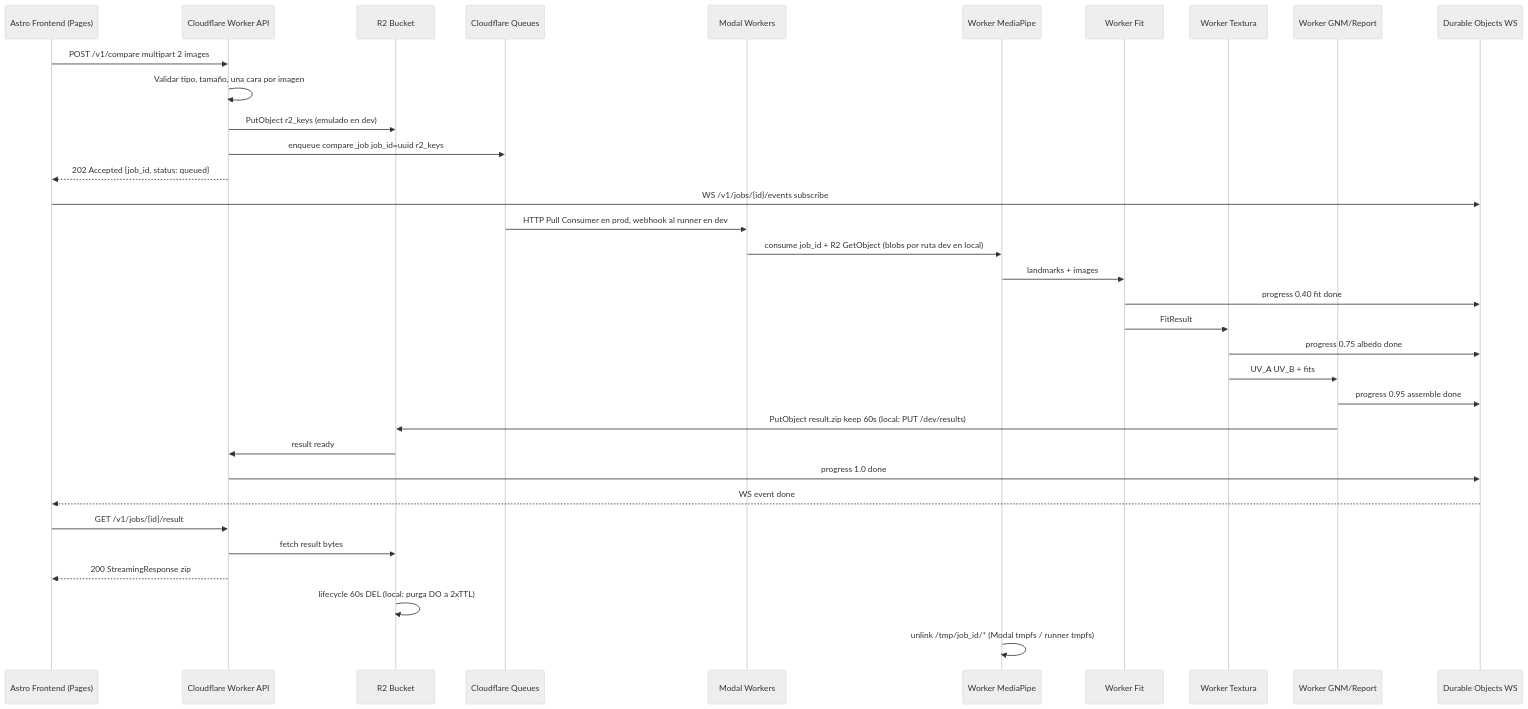
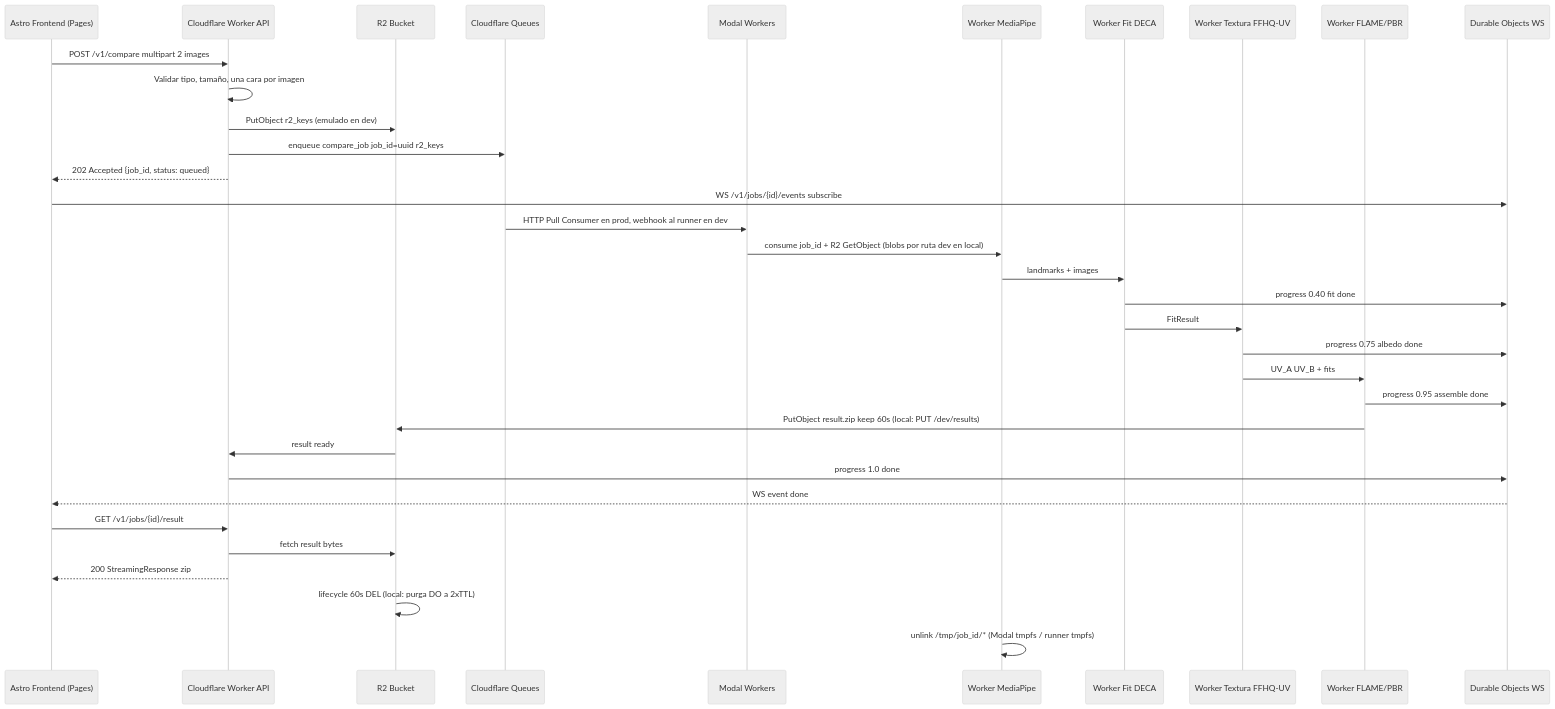
The fourth of 4 diagrams in PIPELINE.md (dinoesau/vultus), drawn with Mermaid (neutral theme) before and after one commit. The commit also changed other lines of this file and 6 other files, not shown here.

Commit message:
docs: FLAME render vocabulary, flow, setup and gates

````diff
--- a/PIPELINE.md
+++ b/PIPELINE.md
@@ -114,37 +112,37 @@
 ```mermaid
 sequenceDiagram
     participant FE as Astro Frontend (Pages)
     participant CF as Cloudflare Worker API
     participant R2 as R2 Bucket
     participant Q as Cloudflare Queues
     participant MO as Modal Workers
     participant W1 as Worker MediaPipe
-    participant W2 as Worker Fit
-    participant W3 as Worker Textura
-    participant W4 as Worker GNM/Report
+    participant W2 as Worker Fit DECA
+    participant W3 as Worker Textura FFHQ-UV
+    participant W4 as Worker FLAME/PBR
     participant DO as Durable Objects WS
 
     FE->>CF: POST /v1/compare multipart 2 images
     CF->>CF: Validar tipo, tamaño, una cara por imagen
     CF->>R2: PutObject r2_keys (emulado en dev)
     CF->>Q: enqueue compare_job job_id=uuid r2_keys
     CF-->>FE: 202 Accepted {job_id, status: queued}
     FE->>DO: WS /v1/jobs/{id}/events subscribe
     Q->>MO: HTTP Pull Consumer en prod, webhook al runner en dev
     MO->>W1: consume job_id + R2 GetObject (blobs por ruta dev en local)
     W1->>W2: landmarks + images
     W2->>DO: progress 0.40 fit done
     W2->>W3: FitResult
     W3->>DO: progress 0.75 albedo done
     W3->>W4: UV_A UV_B + fits
     W4->>DO: progress 0.95 assemble done
     W4->>R2: PutObject result.zip keep 60s (local: PUT /dev/results)
     R2->>CF: result ready
     CF->>DO: progress 1.0 done
     DO-->>FE: WS event done
     FE->>CF: GET /v1/jobs/{id}/result
     CF->>R2: fetch result bytes
     CF-->>FE: 200 StreamingResponse zip
     R2->>R2: lifecycle 60s DEL (local: purga DO a 2xTTL)
     W1->>W1: unlink /tmp/job_id/* (Modal tmpfs / runner tmpfs)
 ```
````
